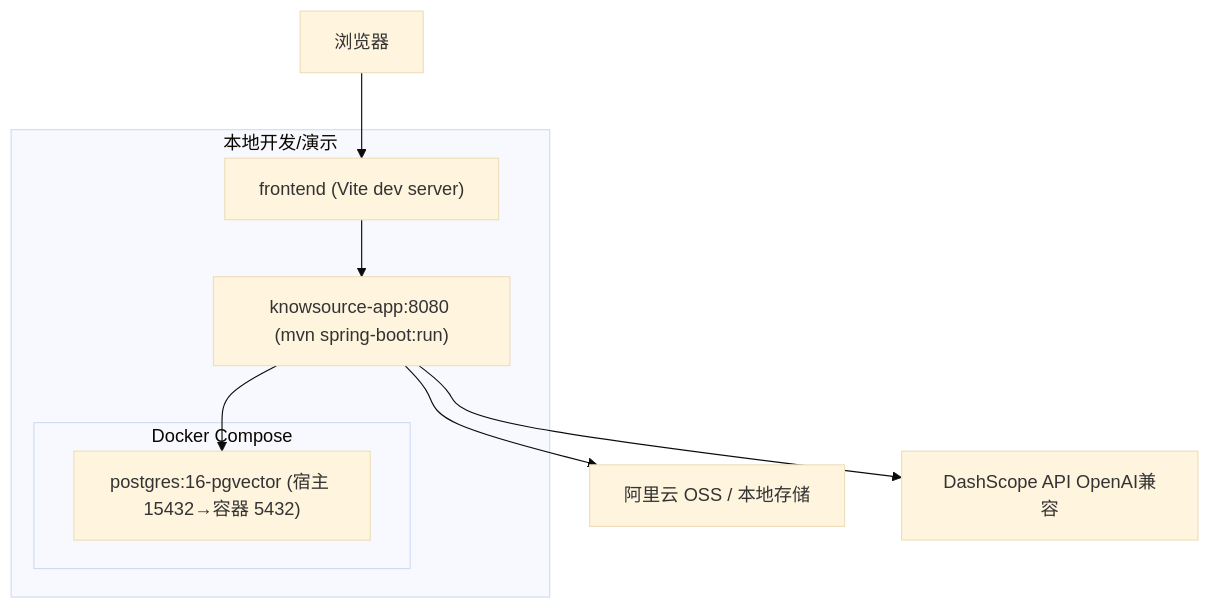
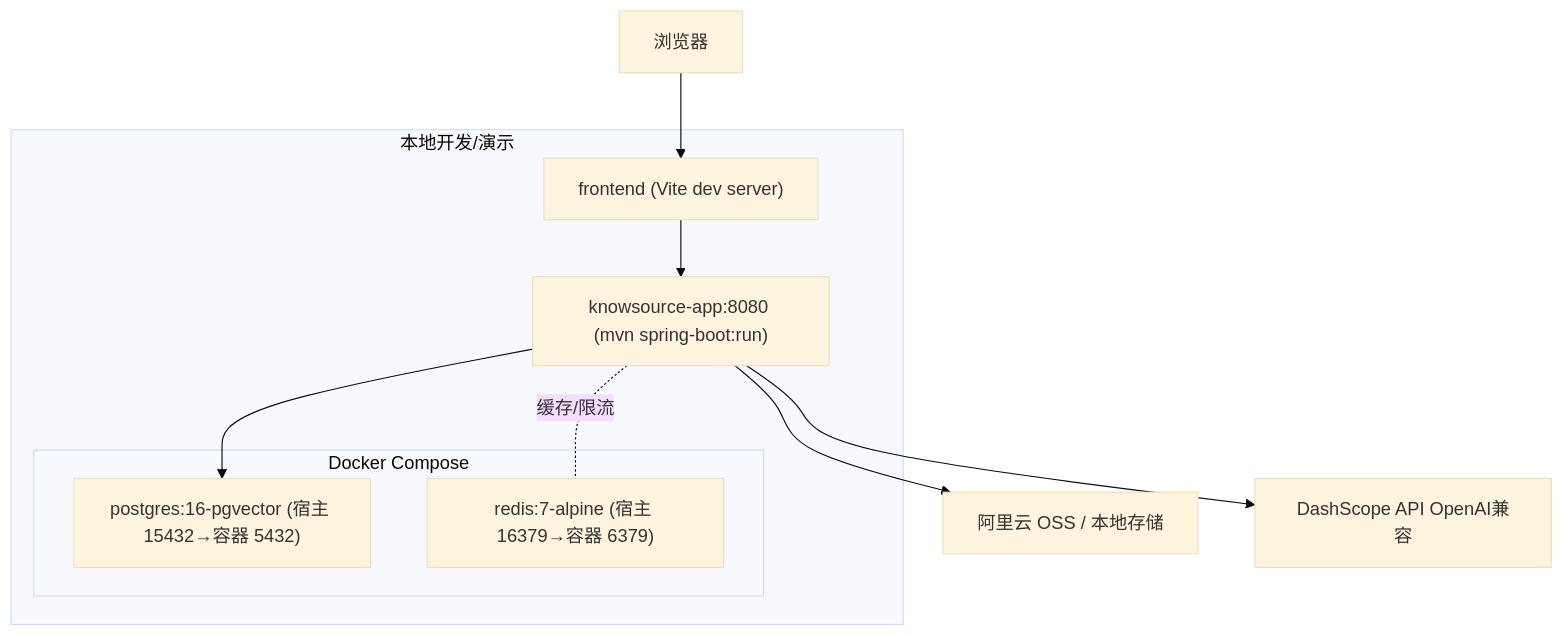
One commit to codeson-1/KnowSource changed the sixth of 12 diagrams in docs/architecture/KnowSource-RAG-架构设计文档.md. Above: the diagram before and after it, drawn with Mermaid (base theme). The commit also changed other lines of this file and 38 other files, not shown here.

````diff
--- a/docs/architecture/KnowSource-RAG-架构设计文档.md
+++ b/docs/architecture/KnowSource-RAG-架构设计文档.md
@@ -457,15 +466,17 @@
 ```mermaid
 flowchart TB
     subgraph local [本地开发/演示]
         App["knowsource-app:8080 (mvn spring-boot:run)"]
         FE["frontend (Vite dev server)"]
         subgraph compose [Docker Compose]
             PG["postgres:16-pgvector (宿主 15432→容器 5432)"]
+            Redis["redis:7-alpine (宿主 16379→容器 6379)"]
         end
     end
     FE --> App
     App --> PG
+    App -.缓存/限流.- Redis
     App --> OSS_EXT[阿里云 OSS / 本地存储]
     App --> DS_EXT[DashScope API OpenAI兼容]
     Browser[浏览器] --> FE
 ```
````
